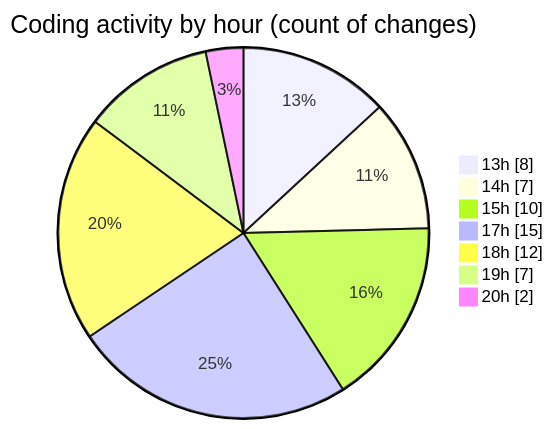
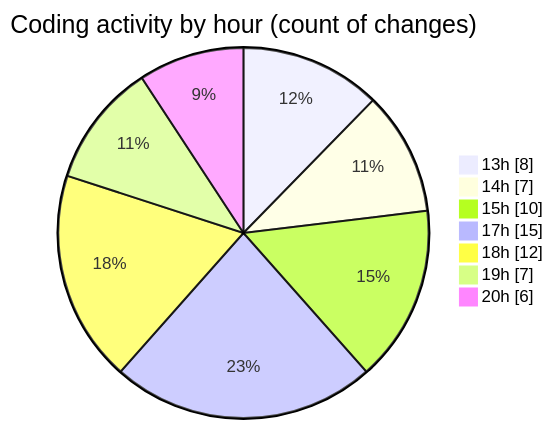
The second of 2 diagrams in 2025-04-03/jsvms/README.md (BS-eng2023/code-tracking), drawn with Mermaid before and after one commit. The commit also changed other lines of this file and 1 other file, not shown here.

````diff
--- a/2025-04-03/jsvms/README.md
+++ b/2025-04-03/jsvms/README.md
@@ -40,11 +41,11 @@
 ```mermaid
 pie showData
 title Coding activity by hour (count of changes)
 "13h" : 8
 "14h" : 7
 "15h" : 10
 "17h" : 15
 "18h" : 12
 "19h" : 7
-"20h" : 2
+"20h" : 6
 ```
````
